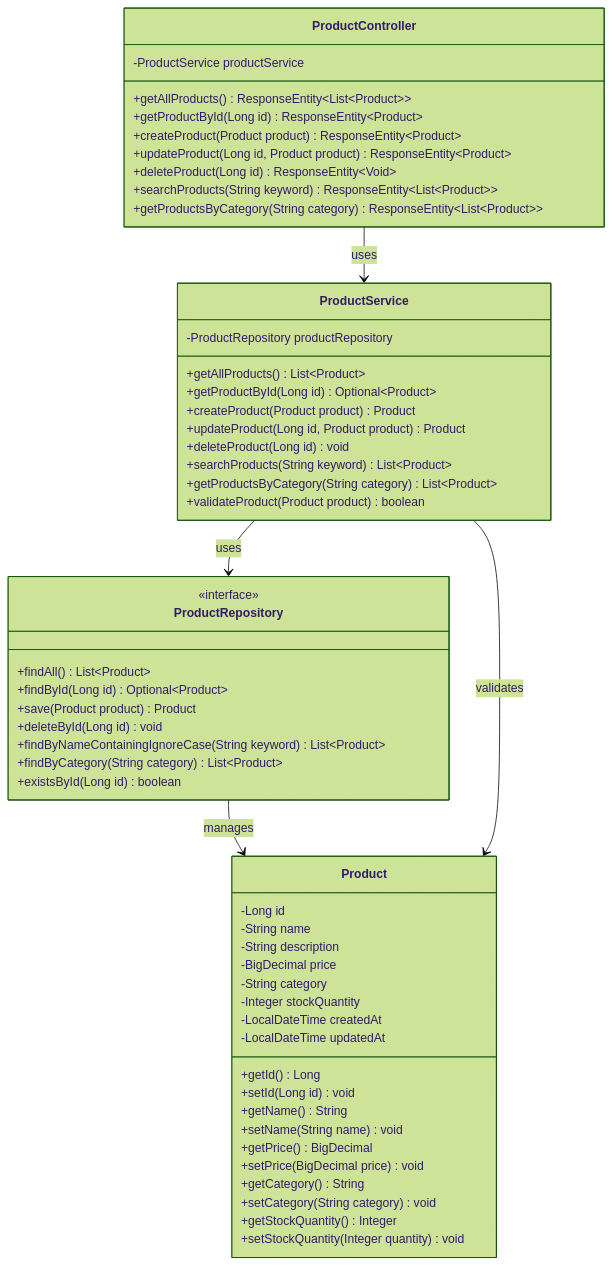
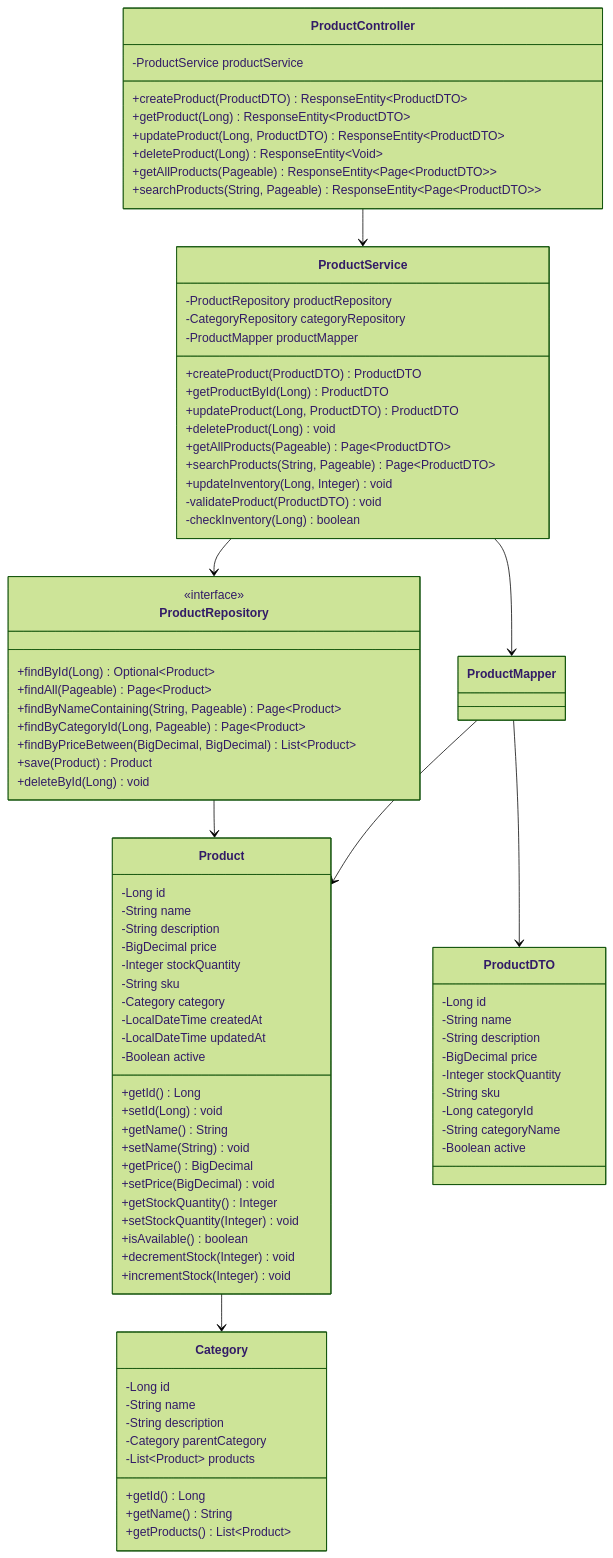
One commit to NavneetBN47/aava-ecom-demo changed the fifth of 23 diagrams in docs/LLD/modified_lld.md. Above: the diagram before and after it, drawn with Mermaid (forest theme). The commit also changed other lines of this file, not shown here.

````diff
--- a/docs/LLD/modified_lld.md
+++ b/docs/LLD/modified_lld.md
@@ -256,36 +306,38 @@
 classDiagram
     class ProductController {
         -ProductService productService
-        +getAllProducts() ResponseEntity~List~Product~~
-        +getProductById(Long id) ResponseEntity~Product~
-        +createProduct(Product product) ResponseEntity~Product~
-        +updateProduct(Long id, Product product) ResponseEntity~Product~
-        +deleteProduct(Long id) ResponseEntity~Void~
-        +searchProducts(String keyword) ResponseEntity~List~Product~~
-        +getProductsByCategory(String category) ResponseEntity~List~Product~~
+        +createProduct(ProductDTO) ResponseEntity~ProductDTO~
+        +getProduct(Long) ResponseEntity~ProductDTO~
+        +updateProduct(Long, ProductDTO) ResponseEntity~ProductDTO~
+        +deleteProduct(Long) ResponseEntity~Void~
+        +getAllProducts(Pageable) ResponseEntity~Page~ProductDTO~~
+        +searchProducts(String, Pageable) ResponseEntity~Page~ProductDTO~~
     }
     
     class ProductService {
         -ProductRepository productRepository
-        +getAllProducts() List~Product~
-        +getProductById(Long id) Optional~Product~
-        +createProduct(Product product) Product
-        +updateProduct(Long id, Product product) Product
-        +deleteProduct(Long id) void
-        +searchProducts(String keyword) List~Product~
-        +getProductsByCategory(String category) List~Product~
-        +validateProduct(Product product) boolean
+        -CategoryRepository categoryRepository
+        -ProductMapper productMapper
+        +createProduct(ProductDTO) ProductDTO
+        +getProductById(Long) ProductDTO
+        +updateProduct(Long, ProductDTO) ProductDTO
+        +deleteProduct(Long) void
+        +getAllProducts(Pageable) Page~ProductDTO~
+        +searchProducts(String, Pageable) Page~ProductDTO~
+        +updateInventory(Long, Integer) void
+        -validateProduct(ProductDTO) void
+        -checkInventory(Long) boolean
     }
     
     class ProductRepository {
         <<interface>>
-        +findAll() List~Product~
-        +findById(Long id) Optional~Product~
-        +save(Product product) Product
-        +deleteById(Long id) void
-        +findByNameContainingIgnoreCase(String keyword) List~Product~
-        +findByCategory(String category) List~Product~
-        +existsById(Long id) boolean
+        +findById(Long) Optional~Product~
+        +findAll(Pageable) Page~Product~
+        +findByNameContaining(String, Pageable) Page~Product~
+        +findByCategoryId(Long, Pageable) Page~Product~
+        +findByPriceBetween(BigDecimal, BigDecimal) List~Product~
+        +save(Product) Product
+        +deleteById(Long) void
     }
     
     class Product {
@@ -293,24 +345,53 @@
         -String name
         -String description
         -BigDecimal price
-        -String category
         -Integer stockQuantity
+        -String sku
+        -Category category
         -LocalDateTime createdAt
         -LocalDateTime updatedAt
+        -Boolean active
         +getId() Long
-        +setId(Long id) void
+        +setId(Long) void
         +getName() String
-        +setName(String name) void
+        +setName(String) void
         +getPrice() BigDecimal
-        +setPrice(BigDecimal price) void
-        +getCategory() String
-        +setCategory(String category) void
+        +setPrice(BigDecimal) void
         +getStockQuantity() Integer
-        +setStockQuantity(Integer quantity) void
+        +setStockQuantity(Integer) void
+        +isAvailable() boolean
+        +decrementStock(Integer) void
+        +incrementStock(Integer) void
     }
     
-    ProductController --> ProductService : uses
-    ProductService --> ProductRepository : uses
-    ProductRepository --> Product : manages
-    ProductService --> Product : validates
+    class Category {
+        -Long id
+        -String name
+        -String description
+        -Category parentCategory
+        -List~Product~ products
+        +getId() Long
+        +getName() String
+        +getProducts() List~Product~
+    }
+    
+    class ProductDTO {
+        -Long id
+        -String name
+        -String description
+        -BigDecimal price
+        -Integer stockQuantity
+        -String sku
+        -Long categoryId
+        -String categoryName
+        -Boolean active
+    }
+    
+    ProductController --> ProductService
+    ProductService --> ProductRepository
+    ProductService --> ProductMapper
+    ProductRepository --> Product
+    Product --> Category
+    ProductMapper --> Product
+    ProductMapper --> ProductDTO
 ```
````
